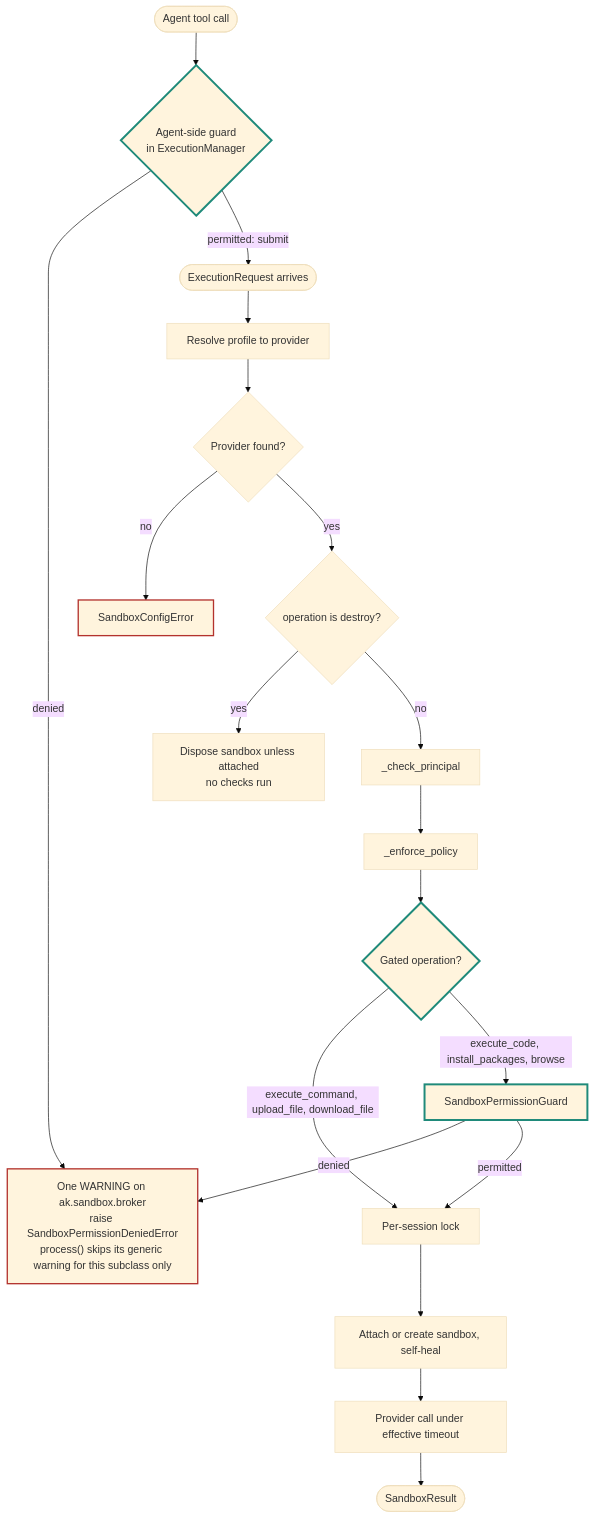
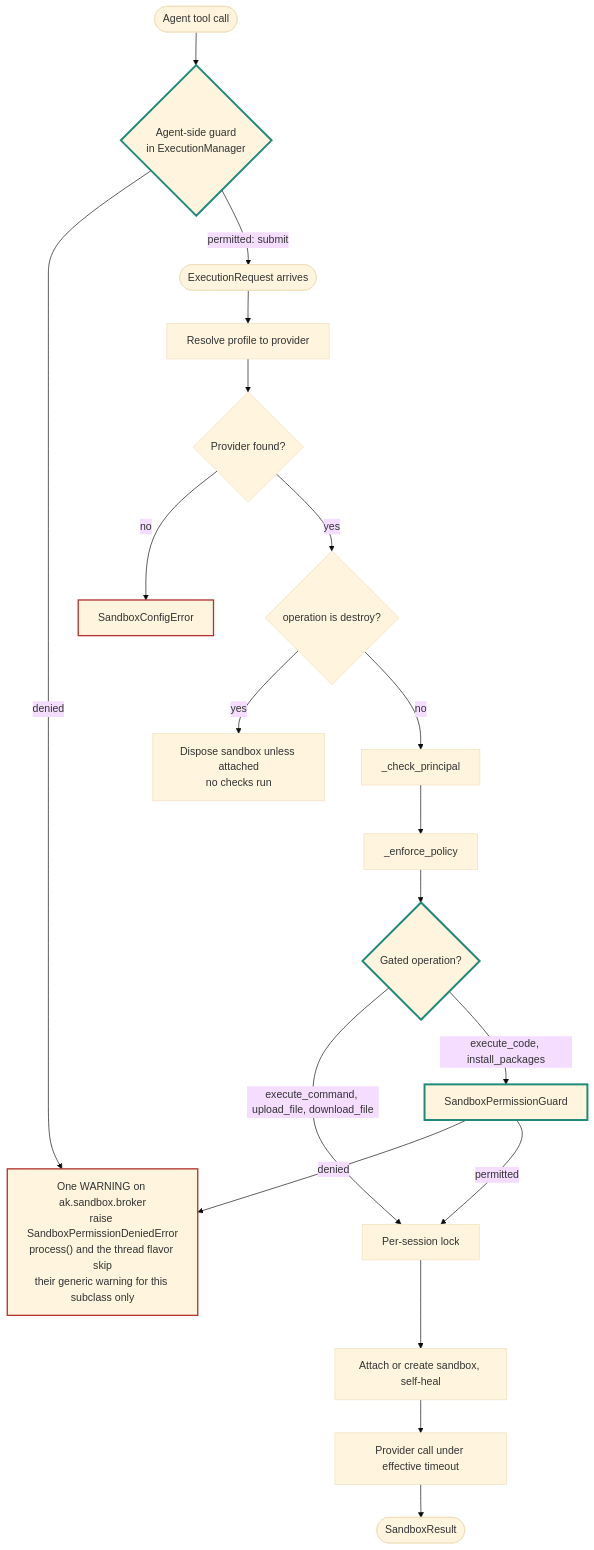
The first of 7 diagrams in docs/specs/692-sandbox-extended-permissions/research/diagrams.md (yaalalabs/agent-kernel), drawn with Mermaid (base theme) before and after one commit. The commit also changed other lines of this file and 1 other file, not shown here.

Commit message:
docs: update design and diagrams for sandbox extended permissions, removing browser automation capability

````diff
--- a/docs/specs/692-sandbox-extended-permissions/research/diagrams.md
+++ b/docs/specs/692-sandbox-extended-permissions/research/diagrams.md
@@ -15,25 +15,25 @@
 ```mermaid
 flowchart TD
   A(["Agent tool call"]) --> AG{"Agent-side guard<br/>in ExecutionManager"}
   AG -->|"denied"| DEN
   AG -->|"permitted: submit"| S(["ExecutionRequest arrives"])
   S --> R["Resolve profile to provider"]
   R --> RP{"Provider found?"}
   RP -->|"no"| CE["SandboxConfigError"]
   RP -->|"yes"| OP{"operation is destroy?"}
   OP -->|"yes"| DS["Dispose sandbox unless attached<br/>no checks run"]
   OP -->|"no"| P1["_check_principal"]
   P1 --> P2["_enforce_policy"]
   P2 --> GQ{"Gated operation?"}
   GQ -->|"execute_command, upload_file, download_file"| L
-  GQ -->|"execute_code, install_packages, browse"| G["SandboxPermissionGuard"]
-  G -->|"denied"| DEN["One WARNING on ak.sandbox.broker<br/>raise SandboxPermissionDeniedError<br/>process() skips its generic warning for this subclass only"]
+  GQ -->|"execute_code, install_packages"| G["SandboxPermissionGuard"]
+  G -->|"denied"| DEN["One WARNING on ak.sandbox.broker<br/>raise SandboxPermissionDeniedError<br/>process() and the thread flavor skip<br/>their generic warning for this subclass only"]
   G -->|"permitted"| L["Per-session lock"]
   L --> AQ["Attach or create sandbox, self-heal"]
   AQ --> EX["Provider call under effective timeout"]
   EX --> RES(["SandboxResult"])
   classDef new stroke:#1f8a7a,stroke-width:3px
   classDef deny stroke:#b3322d,stroke-width:2px
   class AG,GQ,G new
   class DEN,CE deny
 ```
````
